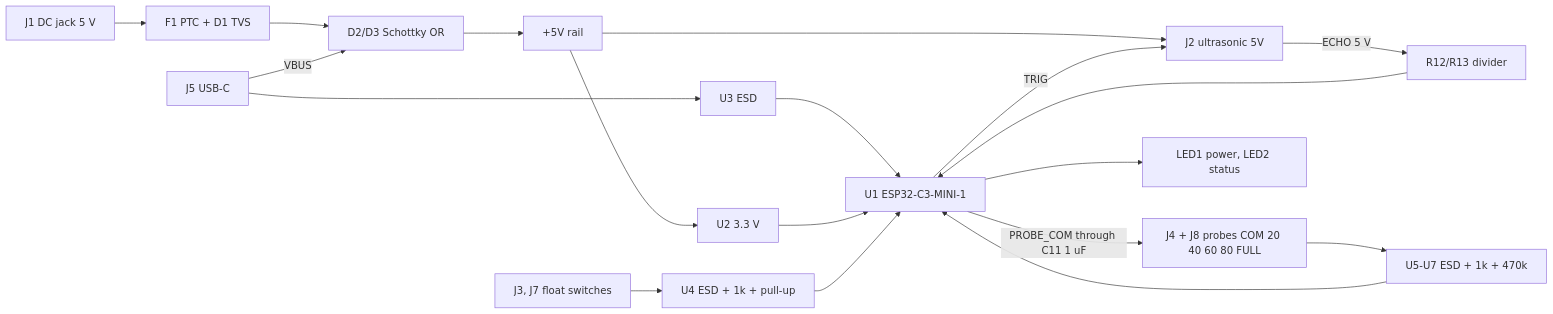
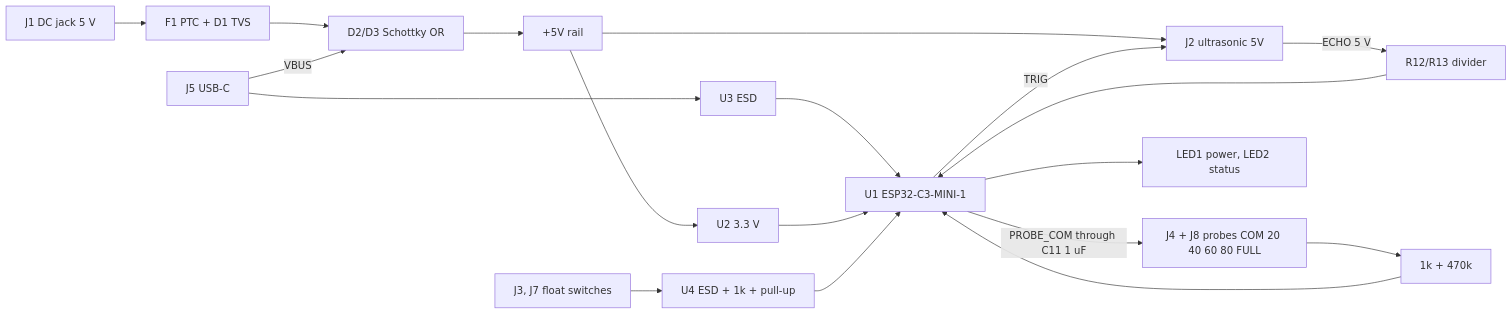
One commit to ElectroIoT/ESP32-S3-TankPilot changed the diagram in PLAN.md. Above: the diagram before and after it, drawn with Mermaid. The commit also changed other lines of this file and 14 other files, not shown here.

````diff
--- a/PLAN.md
+++ b/PLAN.md
@@ -29,14 +29,14 @@
 ```mermaid
 flowchart LR
   DC["J1 DC jack 5 V"] --> F["F1 PTC + D1 TVS"] --> OR["D2/D3 Schottky OR"]
   USB["J5 USB-C"] --> ESD["U3 ESD"] --> MCU
   USB -->|VBUS| OR
   OR --> V5["+5V rail"] --> LDO["U2 3.3 V"] --> MCU["U1 ESP32-C3-MINI-1"]
   V5 --> US["J2 ultrasonic 5V"]
   MCU -->|TRIG| US
   US -->|"ECHO 5 V"| DIV["R12/R13 divider"] --> MCU
   FL["J3, J7 float switches"] --> U4["U4 ESD + 1k + pull-up"] --> MCU
-  PR["J4 + J8 probes COM 20 40 60 80 FULL"] --> U5["U5-U7 ESD + 1k + 470k"] --> MCU
+  PR["J4 + J8 probes COM 20 40 60 80 FULL"] --> U5["1k + 470k"] --> MCU
   MCU -->|"PROBE_COM through C11 1 uF"| PR
   MCU --> LED["LED1 power, LED2 status"]
 ```
````
